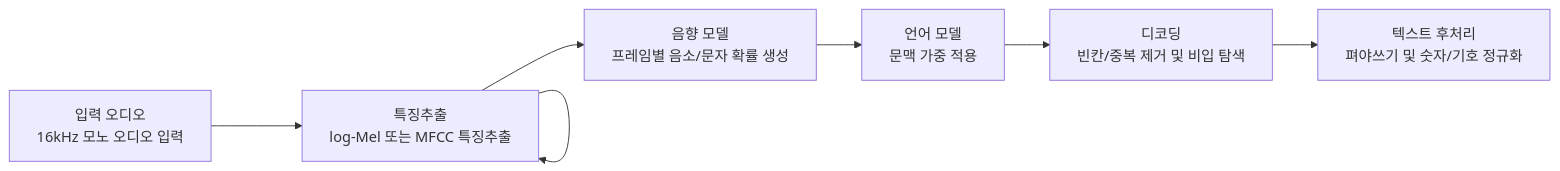
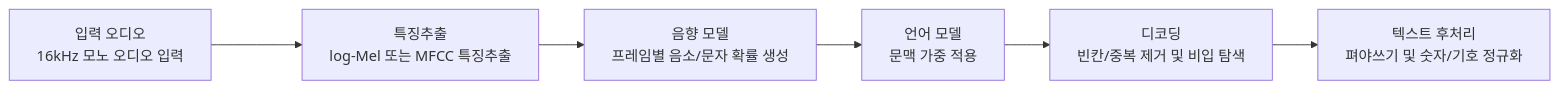
One commit to simpleego/AI_Perso changed the diagram in 2) 음성 데이터 TTS와 STT 음성 모델 개발/source/code01.md. Above: the diagram before and after it, drawn with Mermaid.

````diff
--- a/2) 음성 데이터 TTS와 STT 음성 모델 개발/source/code01.md
+++ b/2) 음성 데이터 TTS와 STT 음성 모델 개발/source/code01.md
@@ -3,9 +3,9 @@
 ```mermaid
 graph LR
     A["입력 오디오<br/>16kHz 모노 오디오 입력"] --->
-    B --> B["특징추출<br/>log-Mel 또는 MFCC 특징추출"]
-    B --> C["음향 모델<br/>프레임별 음소/문자 확률 생성"]
-    C --> D["언어 모델<br/>문맥 가중 적용"]
-    D --> E["디코딩<br/>빈칸/중복 제거 및 비입 탐색"]
-    E --> F["텍스트 후처리<br/>펴야쓰기 및 숫자/기호 정규화"]
+    B["특징추출<br/>log-Mel 또는 MFCC 특징추출"]
+     --> C["음향 모델<br/>프레임별 음소/문자 확률 생성"]
+     --> D["언어 모델<br/>문맥 가중 적용"]
+     --> E["디코딩<br/>빈칸/중복 제거 및 비입 탐색"]
+     --> F["텍스트 후처리<br/>펴야쓰기 및 숫자/기호 정규화"]
 ```
````
